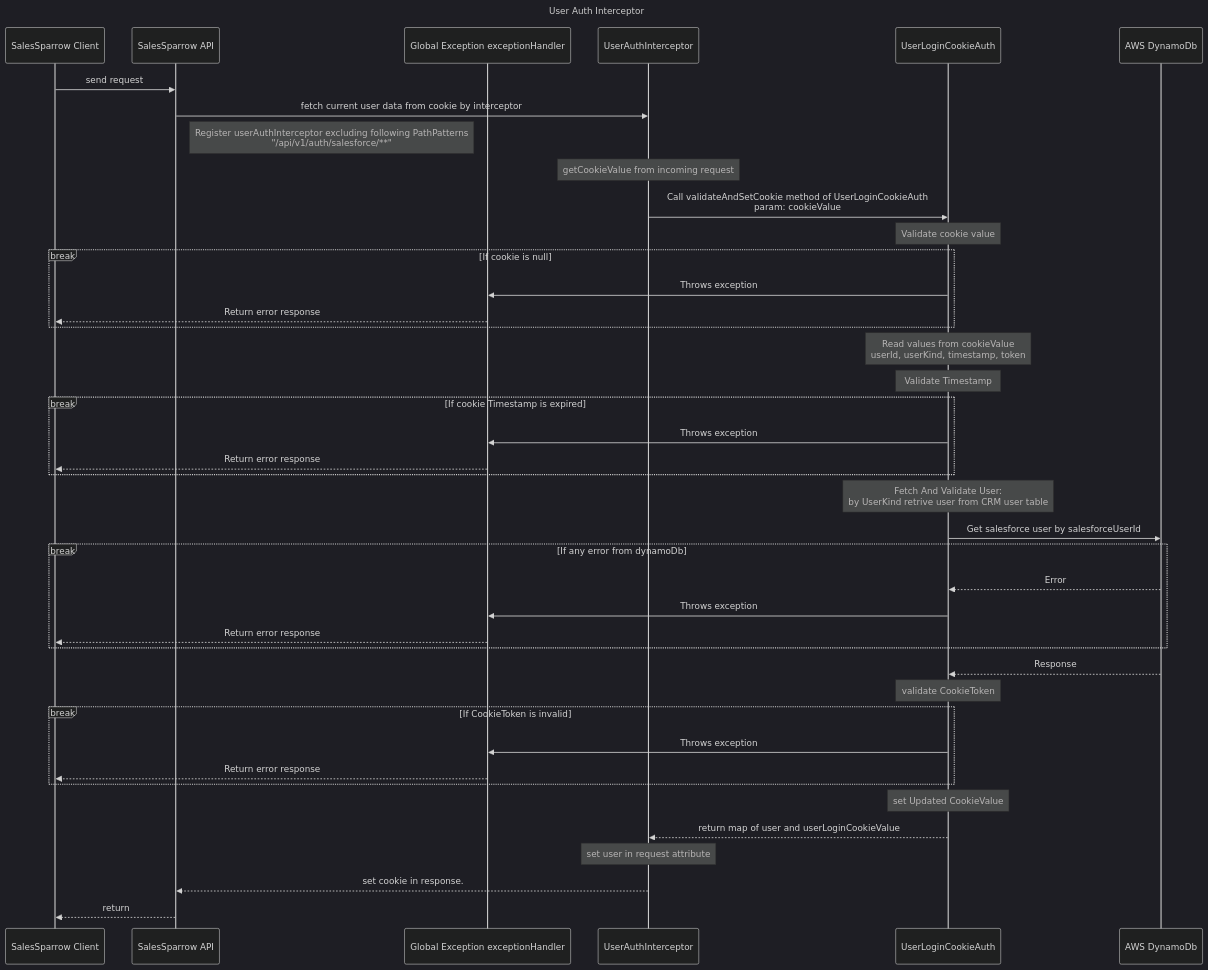
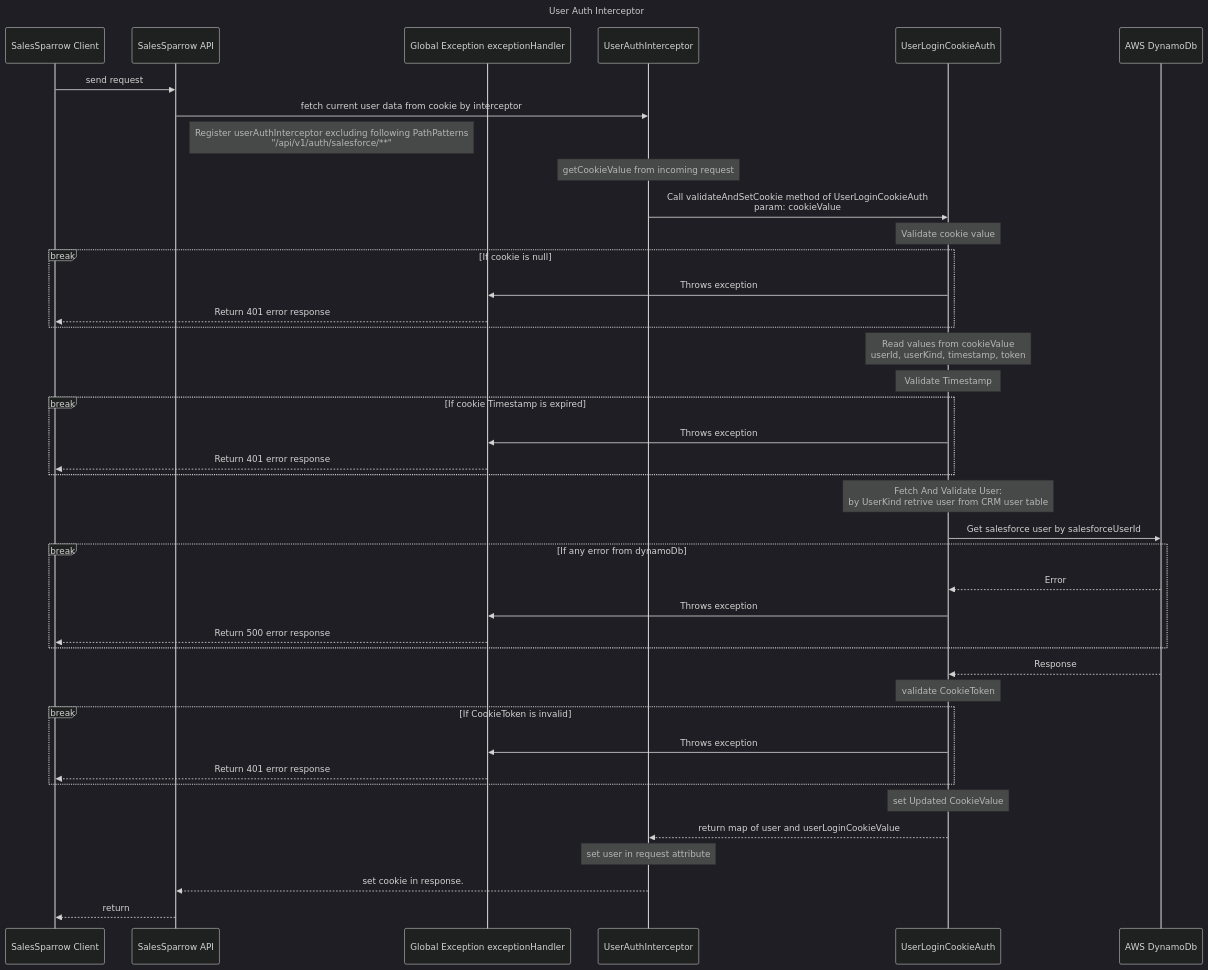
The diagram in sequenceDiagrams/Common/UserAuthIntercepter.mermaid (TrueSparrowSystems/AI-SalesSparrow-Docs), drawn with Mermaid (dark theme) before and after one commit. The commit also changed 5 other files, not shown here.

Commit message:
Updated sequence diagram with error code.

```diff
--- a/sequenceDiagrams/Common/UserAuthIntercepter.mermaid
+++ b/sequenceDiagrams/Common/UserAuthIntercepter.mermaid
@@ -1,60 +1,60 @@
 sequenceDiagram
   title User Auth Interceptor
     participant ui as SalesSparrow Client
     participant api as SalesSparrow API
     participant exceptionHandler as Global Exception exceptionHandler
     participant interceptor as UserAuthInterceptor
     participant cookieauth as UserLoginCookieAuth
     participant dynamoDb as AWS DynamoDb
 
     ui->>api: send request
 
     api->>interceptor: fetch current user data from cookie by interceptor
     note right of api: Register userAuthInterceptor excluding following PathPatterns<br>"/api/v1/auth/salesforce/**"
 
     note over interceptor: getCookieValue from incoming request
 
     interceptor->>cookieauth: Call validateAndSetCookie method of UserLoginCookieAuth<br>param: cookieValue
 
     note over cookieauth: Validate cookie value
 
     break If cookie is null 
         cookieauth->>exceptionHandler: Throws exception 
-        exceptionHandler-->>ui: Return error response
+        exceptionHandler-->>ui: Return 401 error response
     end
 
     note over cookieauth: Read values from cookieValue <br> userId, userKind, timestamp, token
 
     note over cookieauth: Validate Timestamp
 
     break If cookie Timestamp is expired 
         cookieauth->>exceptionHandler: Throws exception 
-        exceptionHandler-->>ui: Return error response
+        exceptionHandler-->>ui: Return 401 error response
     end
 
     note over cookieauth: Fetch And Validate User:<br>by UserKind retrive user from CRM user table
     cookieauth->>dynamoDb: Get salesforce user by salesforceUserId
 
     break If any error from dynamoDb
         dynamoDb -->> cookieauth: Error
         cookieauth ->> exceptionHandler: Throws exception 
-        exceptionHandler-->>ui: Return error response
+        exceptionHandler-->>ui: Return 500 error response
     end   
     dynamoDb -->> cookieauth: Response
 
     note over cookieauth: validate CookieToken
 
     break If CookieToken is invalid
         cookieauth->>exceptionHandler: Throws exception 
-        exceptionHandler-->>ui: Return error response
+        exceptionHandler-->>ui: Return 401 error response
     end
 
     note over cookieauth: set Updated CookieValue
 
     cookieauth-->>interceptor: return map of user and userLoginCookieValue
     
     note over interceptor: set user in request attribute
 
     interceptor-->>api: set cookie in response.
 
     api-->>ui: return
```
